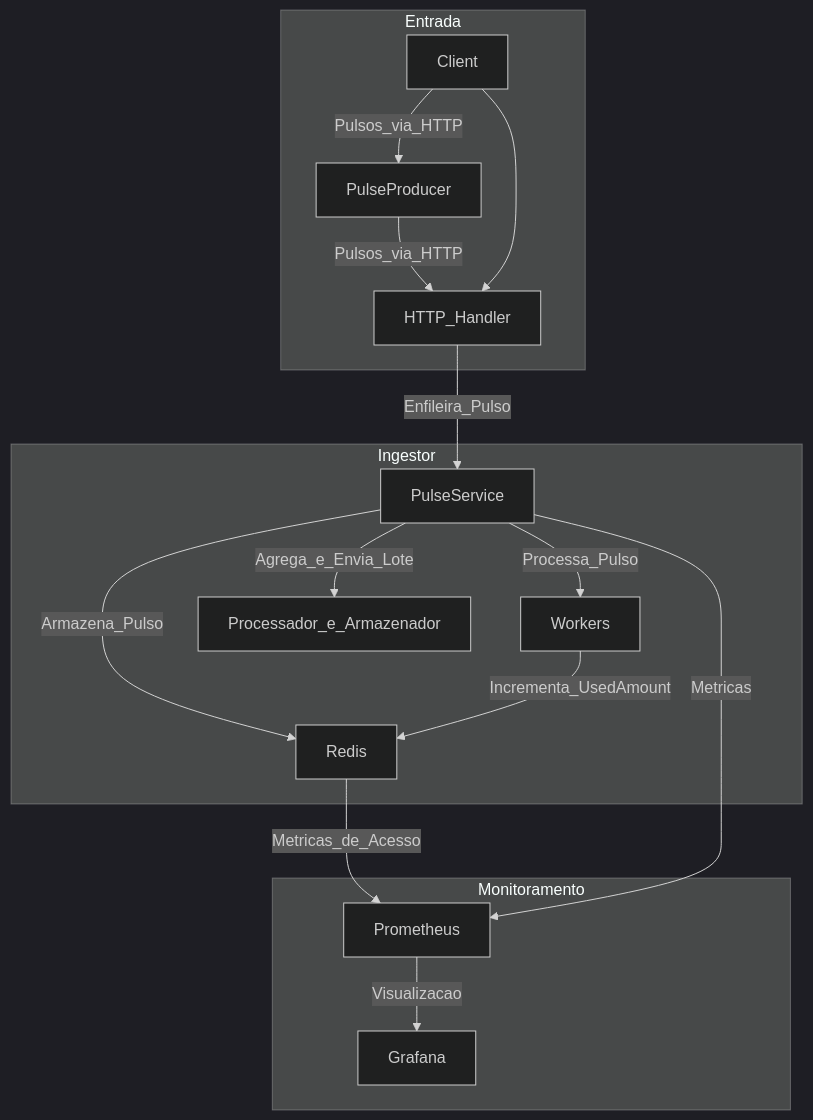
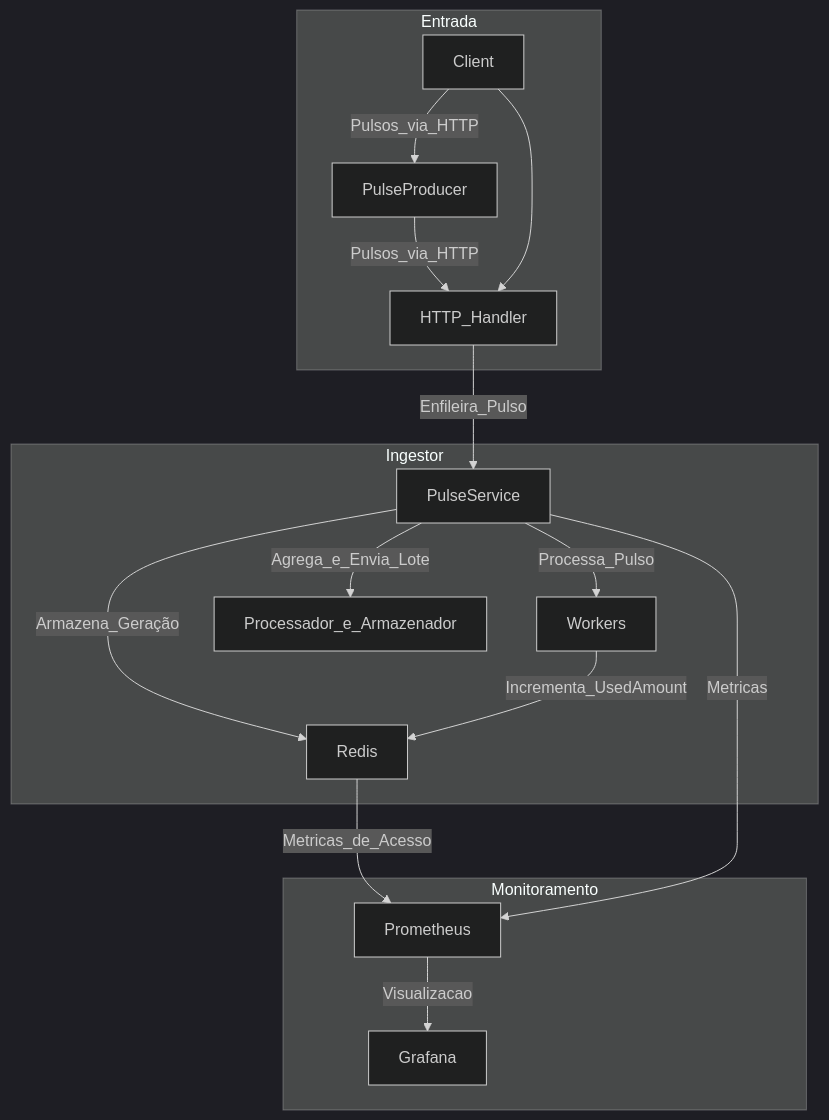
Before and after one commit to ThalysSilva/ingestor-consumo: the second of 4 diagrams in README.md, drawn with Mermaid (dark theme). The commit also changed other lines of this file, not shown here.

Commit message:
fix: correções nos diagramas

````diff
--- a/README.md
+++ b/README.md
@@ -269,23 +269,23 @@
 ```mermaid
 flowchart TD
     subgraph Entrada
         A[Client] -->|Pulsos_via_HTTP| B[PulseProducer]
         B -->|Pulsos_via_HTTP| C[HTTP_Handler]
     end
 
     subgraph Ingestor
         C -->|Enfileira_Pulso| D[PulseService]
-        D -->|Armazena_Pulso| E[Redis]
+        D -->|Armazena_Geração| E[Redis]
         D -->|Processa_Pulso| F[Workers]
         F -->|Incrementa_UsedAmount| E
         D -->|Agrega_e_Envia_Lote| G[Processador_e_Armazenador]
     end
 
     subgraph Monitoramento
         E -->|Metricas_de_Acesso| H[Prometheus]
         D -->|Metricas| H
         H -->|Visualizacao| I[Grafana]
     end
 
     A --> C
 ```
````
